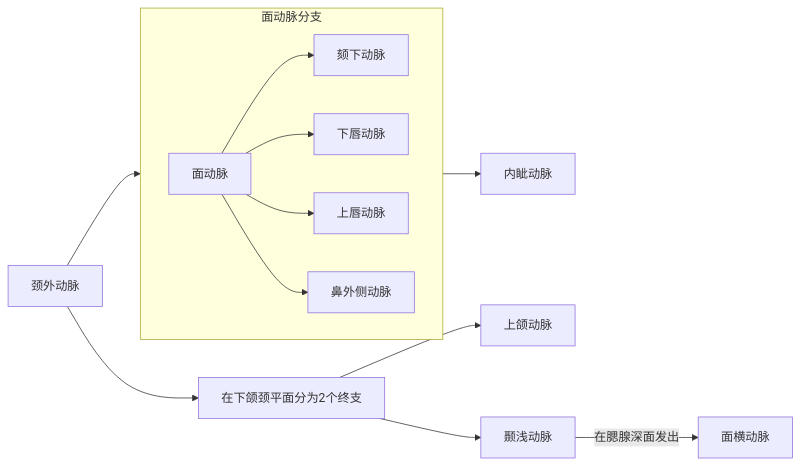
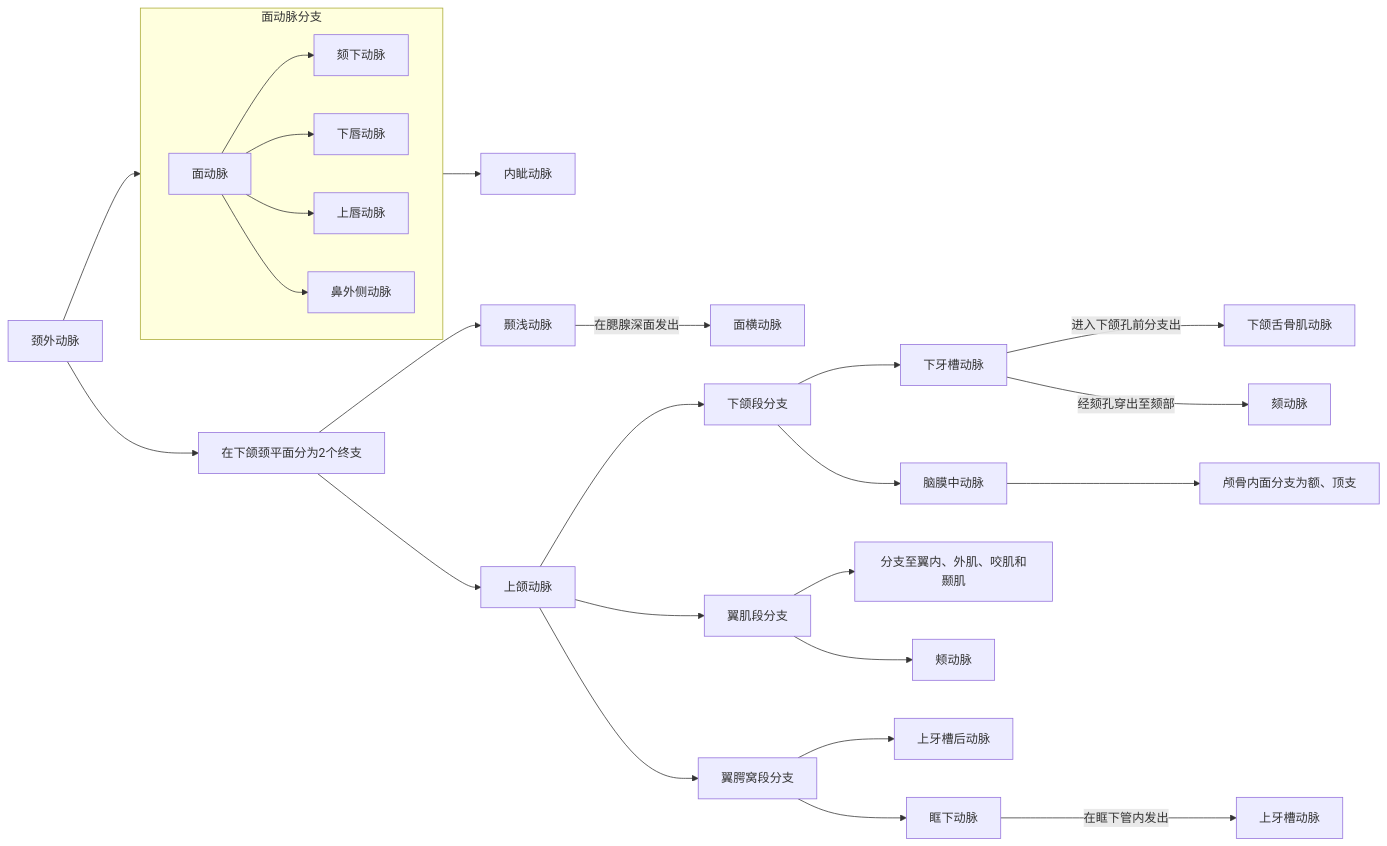
Before and after one commit to lifegpc/study-notes: the diagram in 局部解剖学/mermaid/面动脉.mmd, drawn with Mermaid. The commit also changed 4 other files, not shown here.

```diff
--- a/局部解剖学/mermaid/面动脉.mmd
+++ b/局部解剖学/mermaid/面动脉.mmd
@@ -1,14 +1,27 @@
 flowchart LR
 ECA[颈外动脉]-->FA[面动脉]
 subgraph 面动脉分支
 direction LR
 FA-->颏下动脉
 FA-->下唇动脉
 FA-->上唇动脉
 FA-->鼻外侧动脉
 end
 FA-->内眦动脉
 ECA-->e[在下颌颈平面分为2个终支]
-e-->上颌动脉
+e-->MXA[上颌动脉]
 e-->ATS[颞浅动脉]
 ATS-->|在腮腺深面发出|面横动脉
+MXA-->a[下颌段分支]
+a-->IAA[下牙槽动脉]
+IAA-->|进入下颌孔前分支出|下颌舌骨肌动脉
+IAA-->|经颏孔穿出至颏部|颏动脉
+a-->MMA[脑膜中动脉]
+MMA-->b["颅骨内面分支为额、顶支"]
+MXA-->c[翼肌段分支]
+c-->d["分支至翼内、外肌、咬肌和颞肌"]
+c-->颊动脉
+MXA-->f[翼腭窝段分支]
+f-->上牙槽后动脉
+f-->IOA[眶下动脉]
+IOA-->|在眶下管内发出|上牙槽动脉
```
